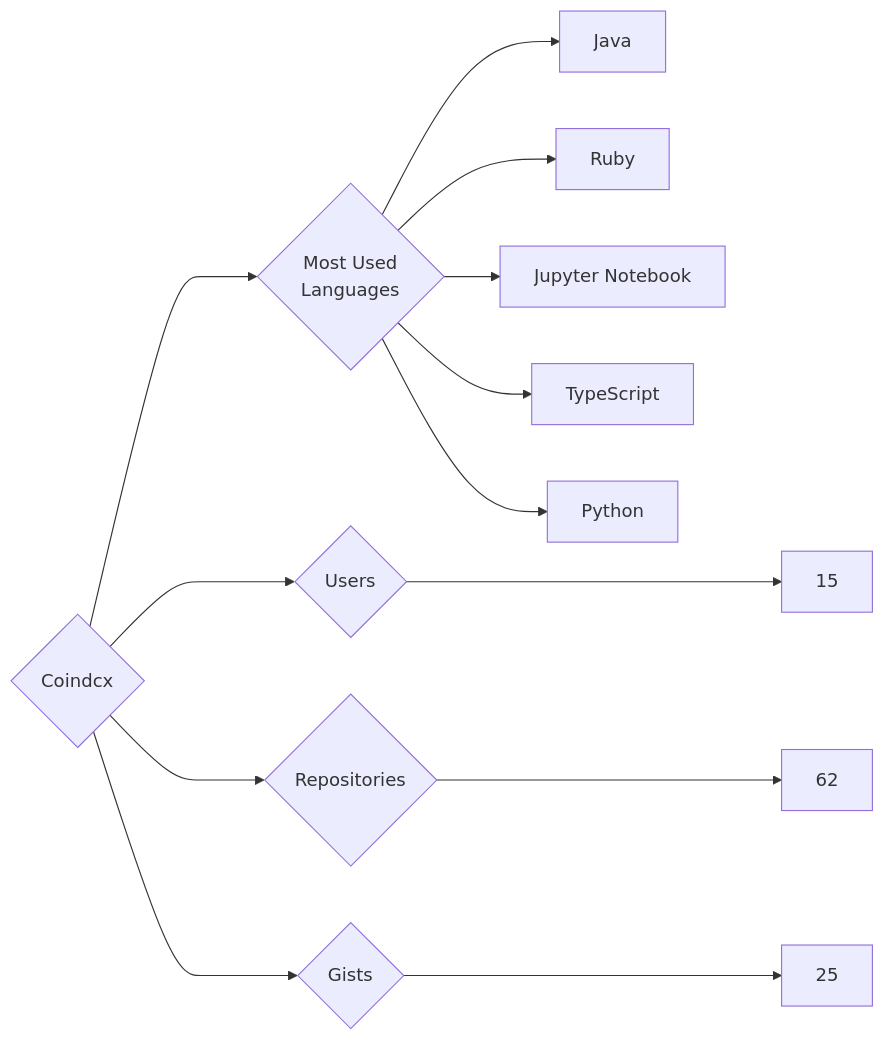
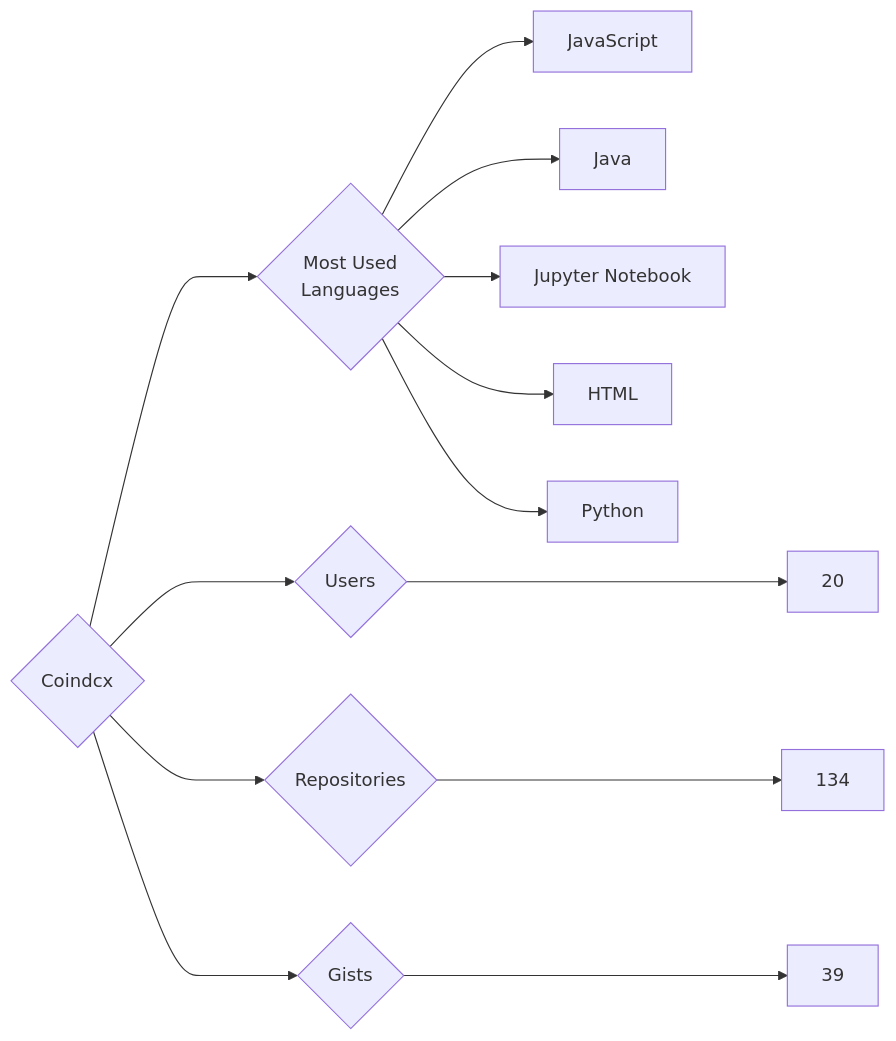
One commit to trickest/insiders changed the diagram in targets/Coindcx/README.md. Above: the diagram before and after it, drawn with Mermaid. The commit also changed 900 other files, not shown here.

````diff
--- a/targets/Coindcx/README.md
+++ b/targets/Coindcx/README.md
@@ -3,13 +3,13 @@
 ```mermaid
 graph LR
 COMPANY_NAME{Coindcx}
-COMPANY_NAME ---> U{Users} ---> UN[15]
-COMPANY_NAME ---> R{Repositories} ---> RN[62]
-COMPANY_NAME ---> G{Gists} ---> GN[25]
+COMPANY_NAME ---> U{Users} ---> UN[20]
+COMPANY_NAME ---> R{Repositories} ---> RN[134]
+COMPANY_NAME ---> G{Gists} ---> GN[39]
 COMPANY_NAME ---> ML{Most Used<br>Languages}
+ML --> JavaScript[JavaScript]
 ML --> Java[Java]
-ML --> Ruby[Ruby]
 ML --> Jupyter_Notebook[Jupyter Notebook]
-ML --> TypeScript[TypeScript]
+ML --> HTML[HTML]
 ML --> Python[Python]
 ```
````
